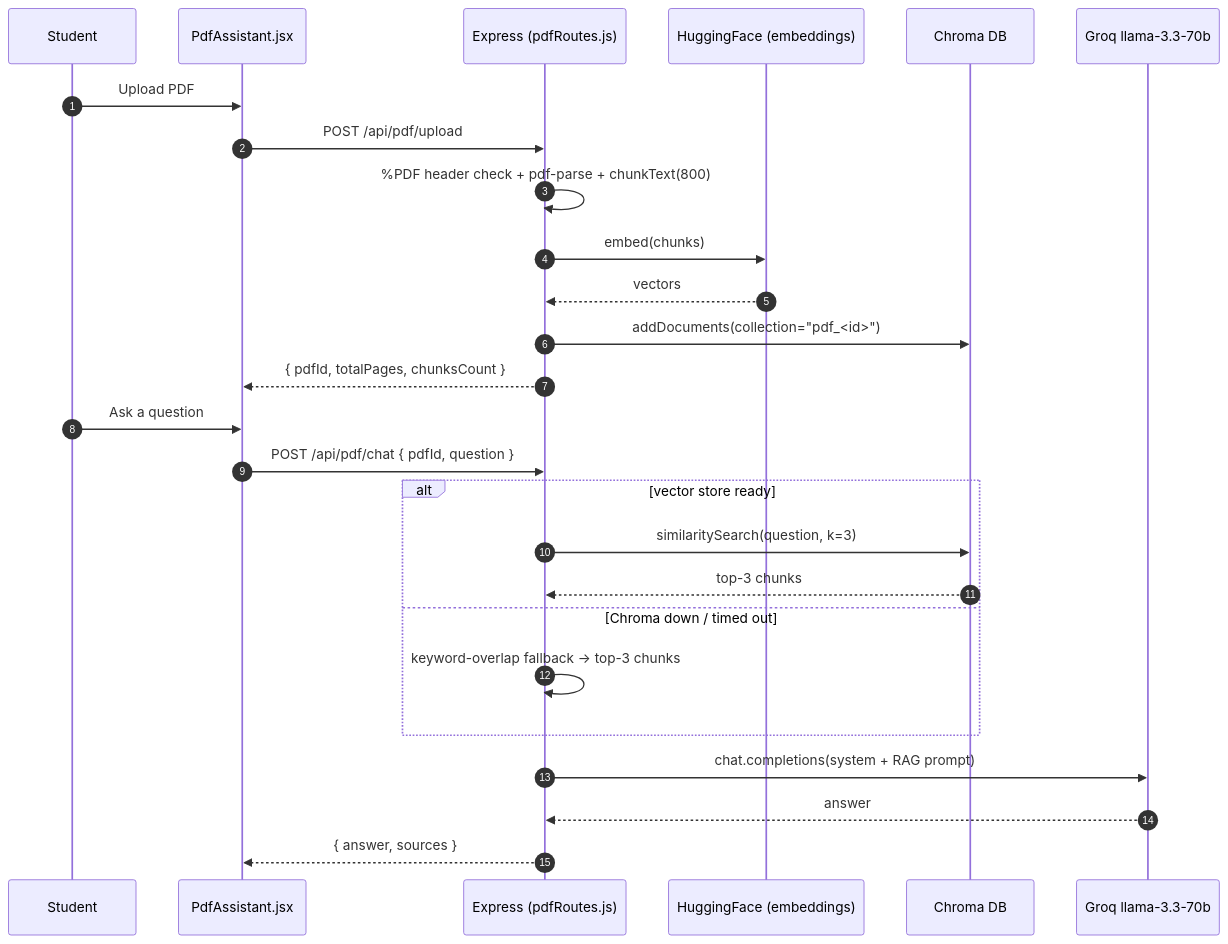
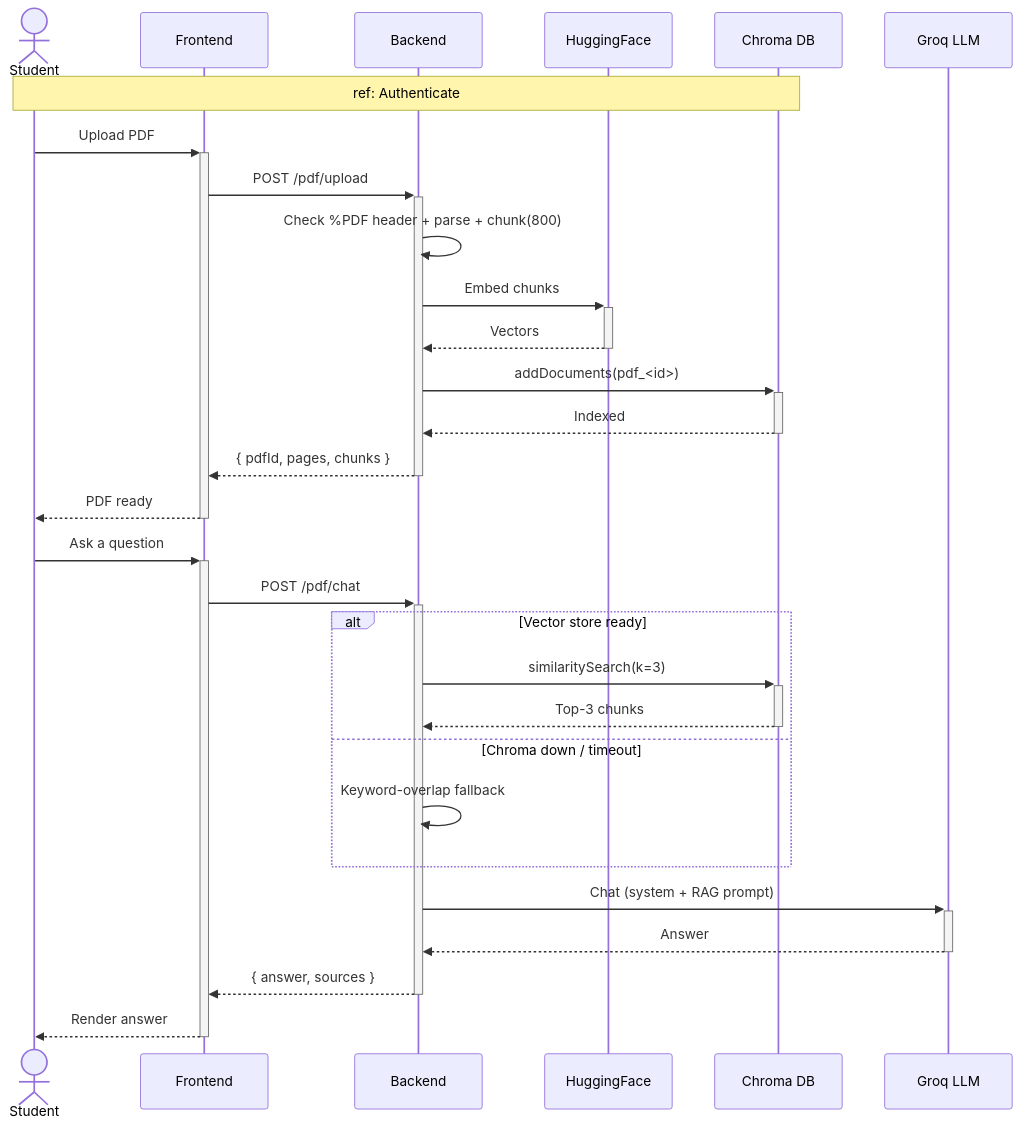
The fourth of 14 diagrams in docs/08_chapitre6_sprint4.md (MaizaAymen/OmniLearn), drawn with Mermaid before and after one commit. The commit also changed other lines of this file and 4 other files, not shown here.

````diff
--- a/docs/08_chapitre6_sprint4.md
+++ b/docs/08_chapitre6_sprint4.md
@@ -201,30 +201,36 @@
 ```mermaid
 sequenceDiagram
-  autonumber
-  participant U as Student
-  participant FE as PdfAssistant.jsx
-  participant API as Express (pdfRoutes.js)
-  participant HF as HuggingFace (embeddings)
-  participant VS as Chroma DB
-  participant LLM as Groq llama-3.3-70b
+    actor Student
+    participant FE as Frontend
+    participant API as Backend
+    participant HF as HuggingFace
+    participant VS as Chroma DB
+    participant LLM as Groq LLM
 
-  U->>FE: Upload PDF
-  FE->>API: POST /api/pdf/upload
-  API->>API: %PDF header check + pdf-parse + chunkText(800)
-  API->>HF: embed(chunks)
-  HF-->>API: vectors
-  API->>VS: addDocuments(collection="pdf_<id>")
-  API-->>FE: { pdfId, totalPages, chunksCount }
+    Note over Student,VS: ref: Authenticate
 
-  U->>FE: Ask a question
-  FE->>API: POST /api/pdf/chat { pdfId, question }
-  alt vector store ready
-    API->>VS: similaritySearch(question, k=3)
-    VS-->>API: top-3 chunks
-  else Chroma down / timed out
-    API->>API: keyword-overlap fallback → top-3 chunks
-  end
-  API->>LLM: chat.completions(system + RAG prompt)
-  LLM-->>API: answer
-  API-->>FE: { answer, sources }
+    Student->>+FE: Upload PDF
+    FE->>+API: POST /pdf/upload
+    API->>API: Check %PDF header + parse + chunk(800)
+    API->>+HF: Embed chunks
+    HF-->>-API: Vectors
+    API->>+VS: addDocuments(pdf_<id>)
+    VS-->>-API: Indexed
+    API-->>-FE: { pdfId, pages, chunks }
+    FE-->>-Student: PDF ready
+
+    Student->>+FE: Ask a question
+    FE->>+API: POST /pdf/chat
+
+    alt Vector store ready
+        API->>+VS: similaritySearch(k=3)
+        VS-->>-API: Top-3 chunks
+    else Chroma down / timeout
+        API->>API: Keyword-overlap fallback
+    end
+
+    API->>+LLM: Chat (system + RAG prompt)
+    LLM-->>-API: Answer
+    API-->>-FE: { answer, sources }
+    FE-->>-Student: Render answer
 ```
````
